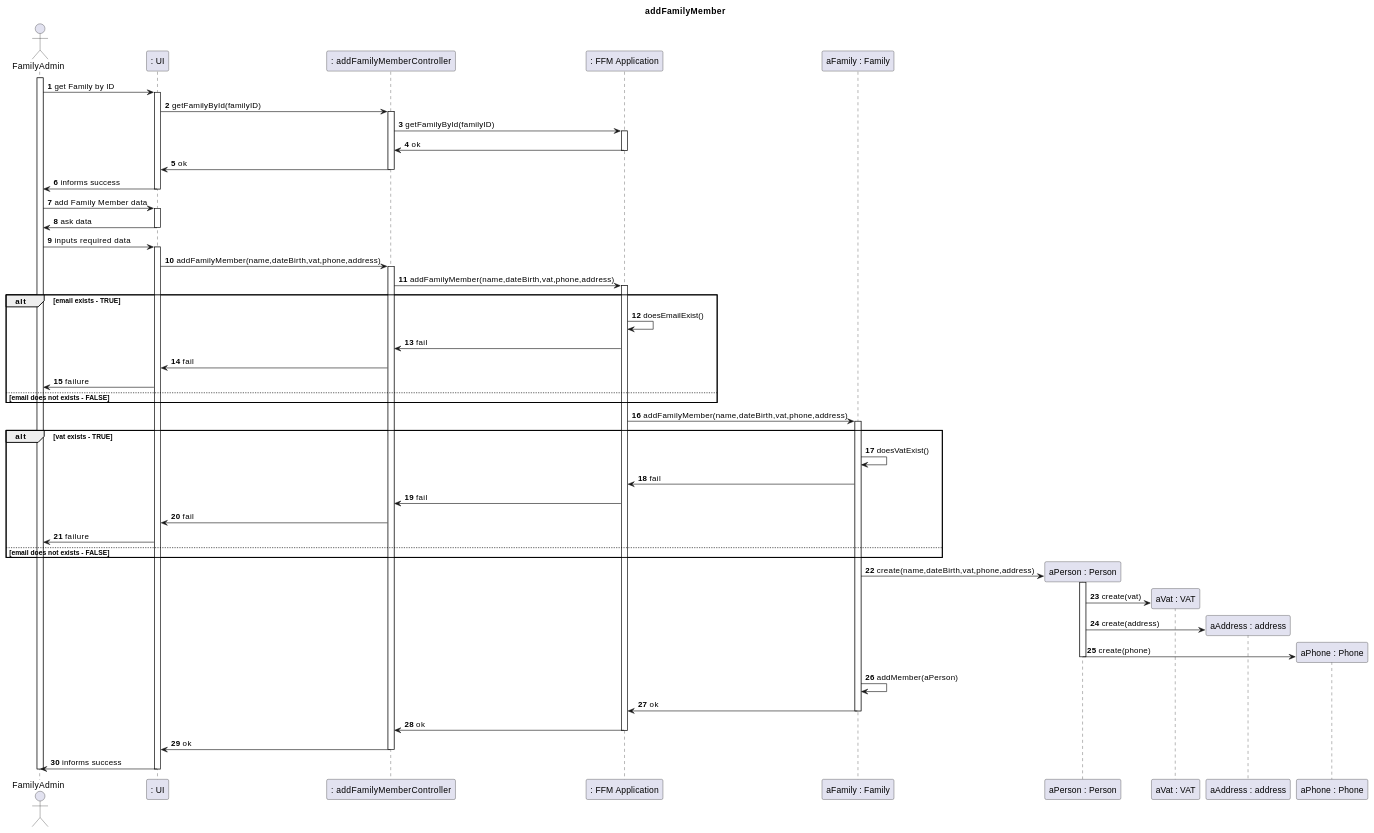
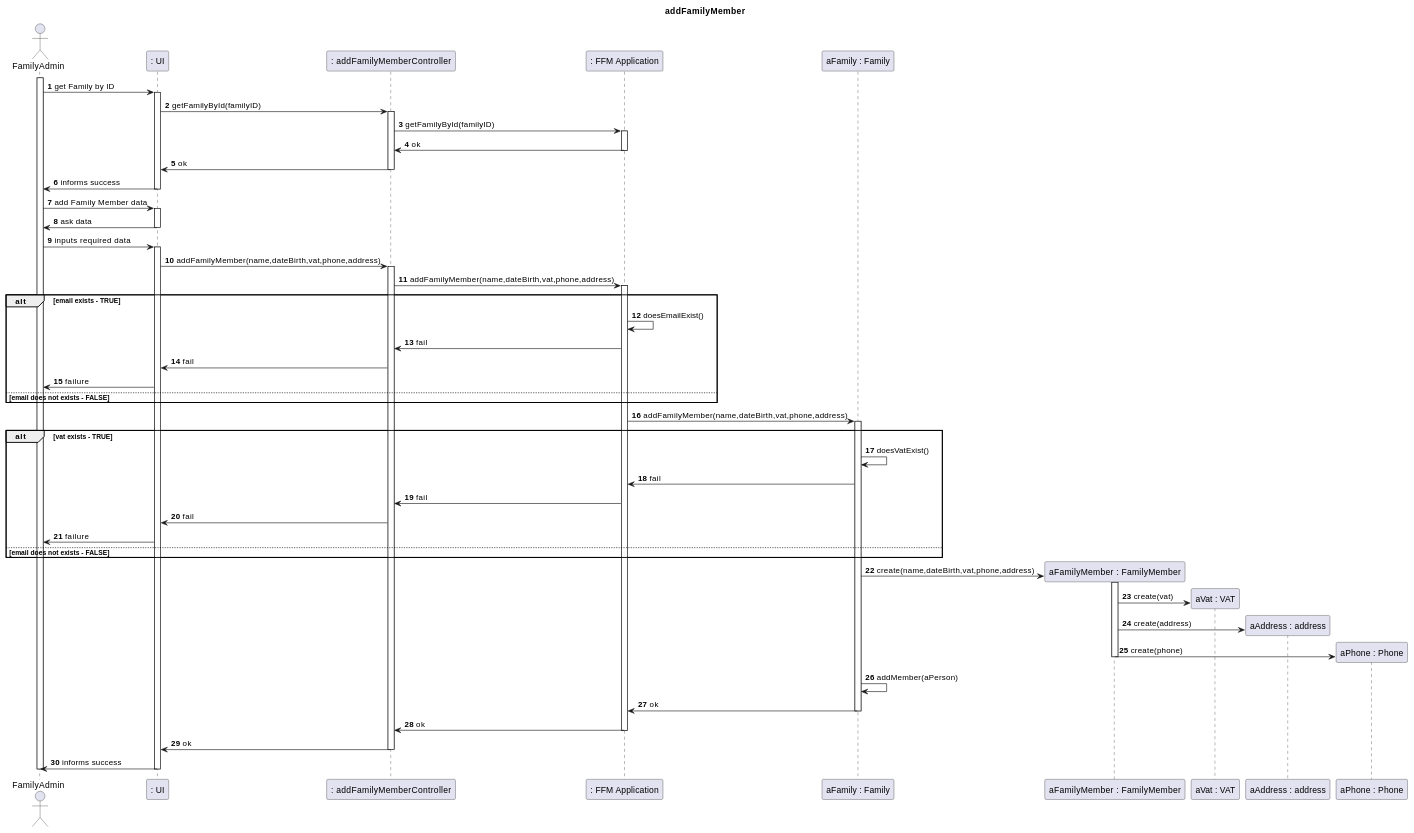
One commit to tomas-osswald/switch_2020_g3 changed the diagram in docs/US101 AddFamilyMembers.md. Above: the diagram before and after it, drawn with PlantUML. The commit also changed other lines of this file, not shown here.

Commit message:
add 3.1 functionality use and 3.2 class diagram

`````diff
--- a/docs/US101 AddFamilyMembers.md
+++ b/docs/US101 AddFamilyMembers.md
@@ -29,77 +29,77 @@
 ````puml
 @startuml
 autonumber
 title addFamilyMember
 
 actor "FamilyAdmin" as actor
 participant ": UI" as UI
 participant ": addFamilyMemberController" as controller
 participant ": FFM Application" as app
 participant "aFamily : Family" as family
-participant "aPerson : Person" as person
+participant "aFamilyMember : FamilyMember" as person
 participant "aVat : VAT" as vat
 participant "aAddress : address" as address
 participant "aPhone : Phone" as phone
 
 activate actor
 actor -> UI: get Family by ID
 activate UI
 UI -> controller: getFamilyById(familyID)
 activate controller
 controller -> app: getFamilyById(familyID)
 activate app
 app -> controller: ok
 deactivate app
 controller -> UI: ok
 deactivate controller
 UI -> actor: informs success
 deactivate UI
 
 actor -> UI: add Family Member data
 activate UI
 UI -> actor: ask data
 deactivate UI
 
 actor -> UI: inputs required data
 activate UI
 UI -> controller: addFamilyMember(name,dateBirth,vat,phone,address)
 activate controller
 controller -> app: addFamilyMember(name,dateBirth,vat,phone,address)
 activate app
 alt email exists - TRUE
   app -> app: doesEmailExist()
   app -> controller: fail
   controller -> UI: fail
   UI -> actor: failure
 else email does not exists - FALSE
 end
 app -> family: addFamilyMember(name,dateBirth,vat,phone,address)
 
 activate family
 alt vat exists - TRUE
   family -> family: doesVatExist()
   family -> app: fail
   app -> controller: fail
   controller -> UI: fail
   UI -> actor: failure
 else email does not exists - FALSE
 end
 
 family -> person **: create(name,dateBirth,vat,phone,address)
 activate person
 person -> vat **: create(vat)
 person -> address **: create(address)
 person -> phone **: create(phone)
 deactivate person
 family -> family: addMember(aPerson)
 family -> app: ok
 deactivate family
 app -> controller: ok
 deactivate app
 controller -> UI: ok
 deactivate controller
 UI -> actor: informs success
 deactivate UI
 deactivate actor
 @enduml
 ````
`````
